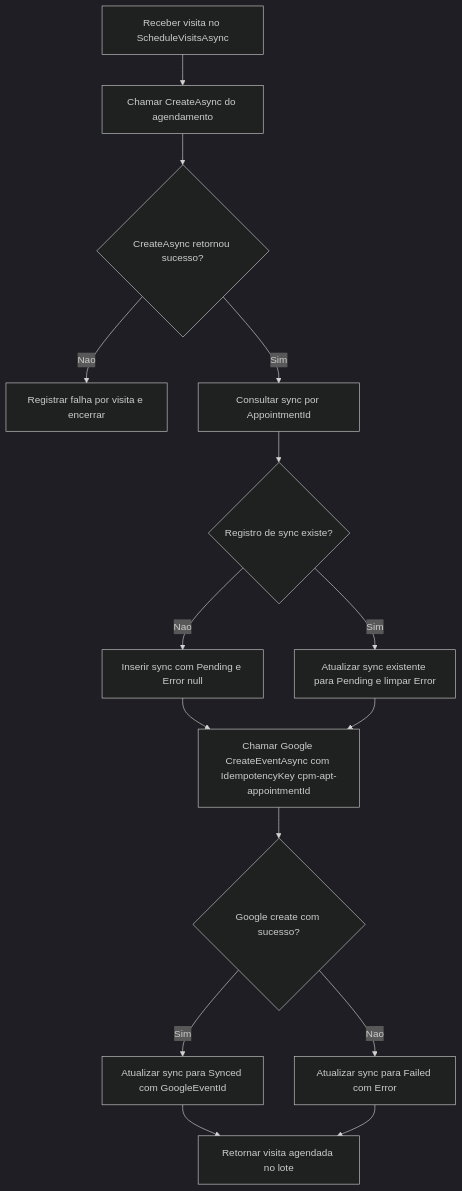
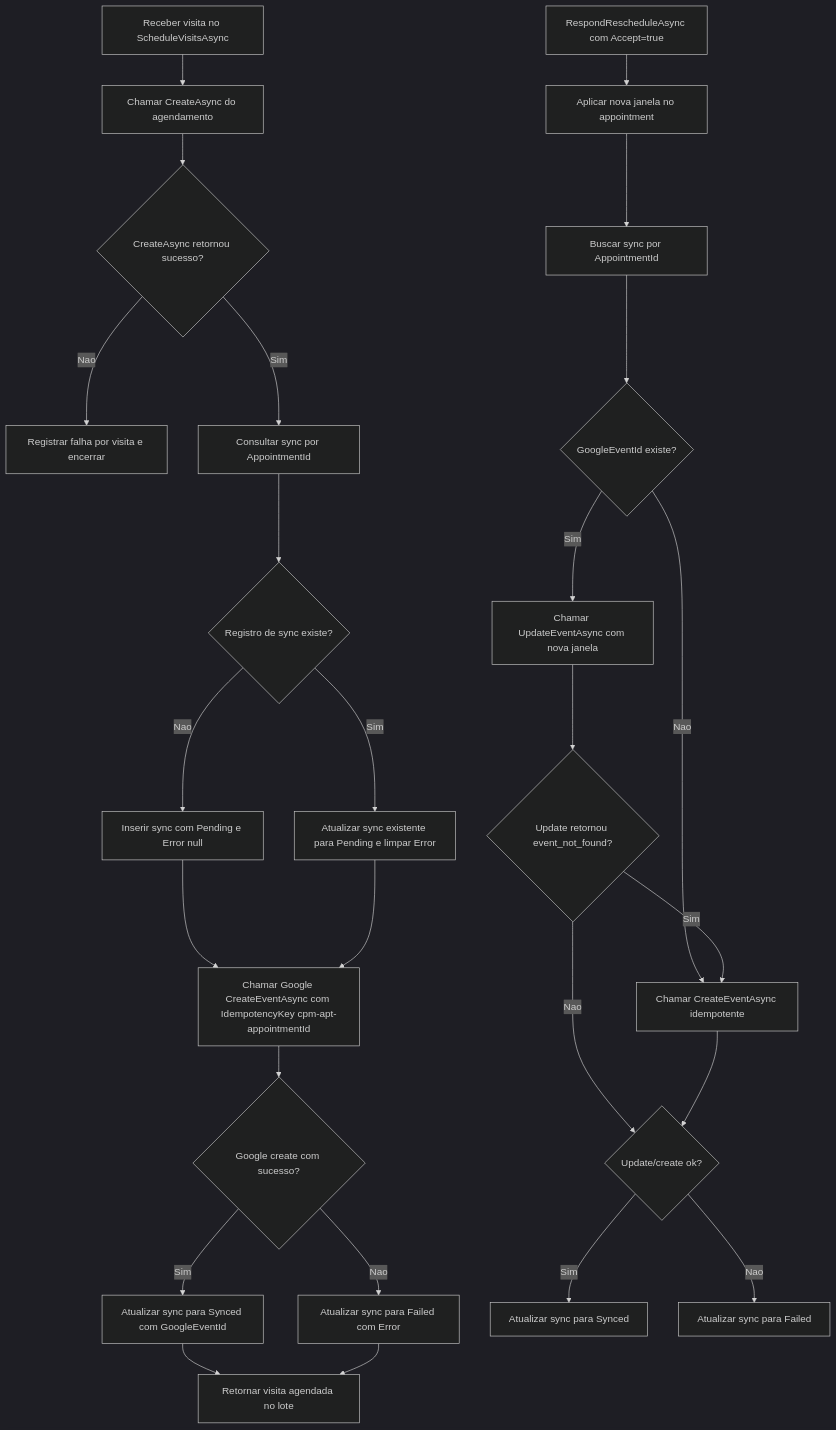
Before and after one commit to leonardomendes201704/ConsertaPraMim: the diagram in Documentacao/DIAGRAMAS/REALTIME_PRESENCA_CHAT/ST-012-sync-agendamento-google-calendar/fluxo-sync-agendamento-google-calendar.mmd, drawn with Mermaid (dark theme). The commit also changed 7 other files, not shown here.

Commit message:
feat(st-012): atualizar evento google em reagendamento aceito

```diff
--- a/Documentacao/DIAGRAMAS/REALTIME_PRESENCA_CHAT/ST-012-sync-agendamento-google-calendar/fluxo-sync-agendamento-google-calendar.mmd
+++ b/Documentacao/DIAGRAMAS/REALTIME_PRESENCA_CHAT/ST-012-sync-agendamento-google-calendar/fluxo-sync-agendamento-google-calendar.mmd
@@ -1,15 +1,27 @@
 flowchart TD
     A[Receber visita no ScheduleVisitsAsync] --> B[Chamar CreateAsync do agendamento]
     B --> C{CreateAsync retornou sucesso?}
     C -->|Nao| D[Registrar falha por visita e encerrar]
     C -->|Sim| E[Consultar sync por AppointmentId]
     E --> F{Registro de sync existe?}
     F -->|Nao| G[Inserir sync com Pending e Error null]
     F -->|Sim| H[Atualizar sync existente para Pending e limpar Error]
     G --> I[Chamar Google CreateEventAsync com IdempotencyKey cpm-apt-appointmentId]
     H --> I
     I --> J{Google create com sucesso?}
     J -->|Sim| K[Atualizar sync para Synced com GoogleEventId]
     J -->|Nao| L[Atualizar sync para Failed com Error]
     K --> M[Retornar visita agendada no lote]
     L --> M
+
+    N[RespondRescheduleAsync com Accept=true] --> O[Aplicar nova janela no appointment]
+    O --> P[Buscar sync por AppointmentId]
+    P --> Q{GoogleEventId existe?}
+    Q -->|Sim| R[Chamar UpdateEventAsync com nova janela]
+    Q -->|Nao| S[Chamar CreateEventAsync idempotente]
+    R --> T{Update retornou event_not_found?}
+    T -->|Sim| S
+    T -->|Nao| U{Update/create ok?}
+    S --> U
+    U -->|Sim| V[Atualizar sync para Synced]
+    U -->|Nao| W[Atualizar sync para Failed]
```
